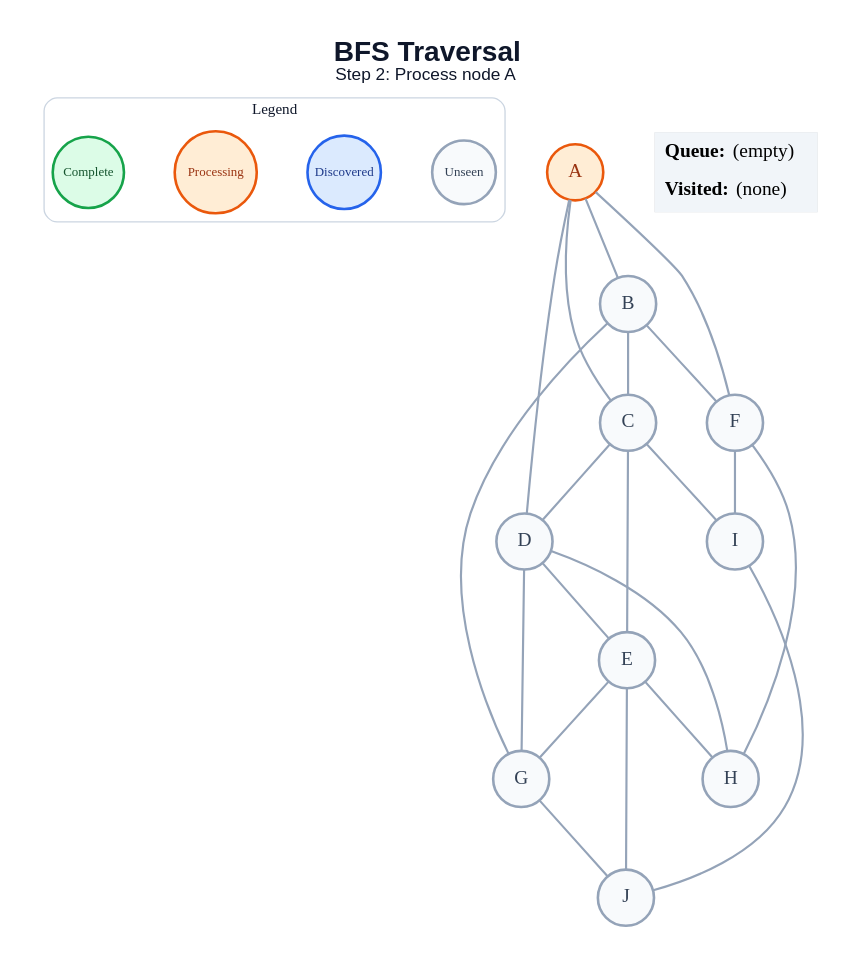
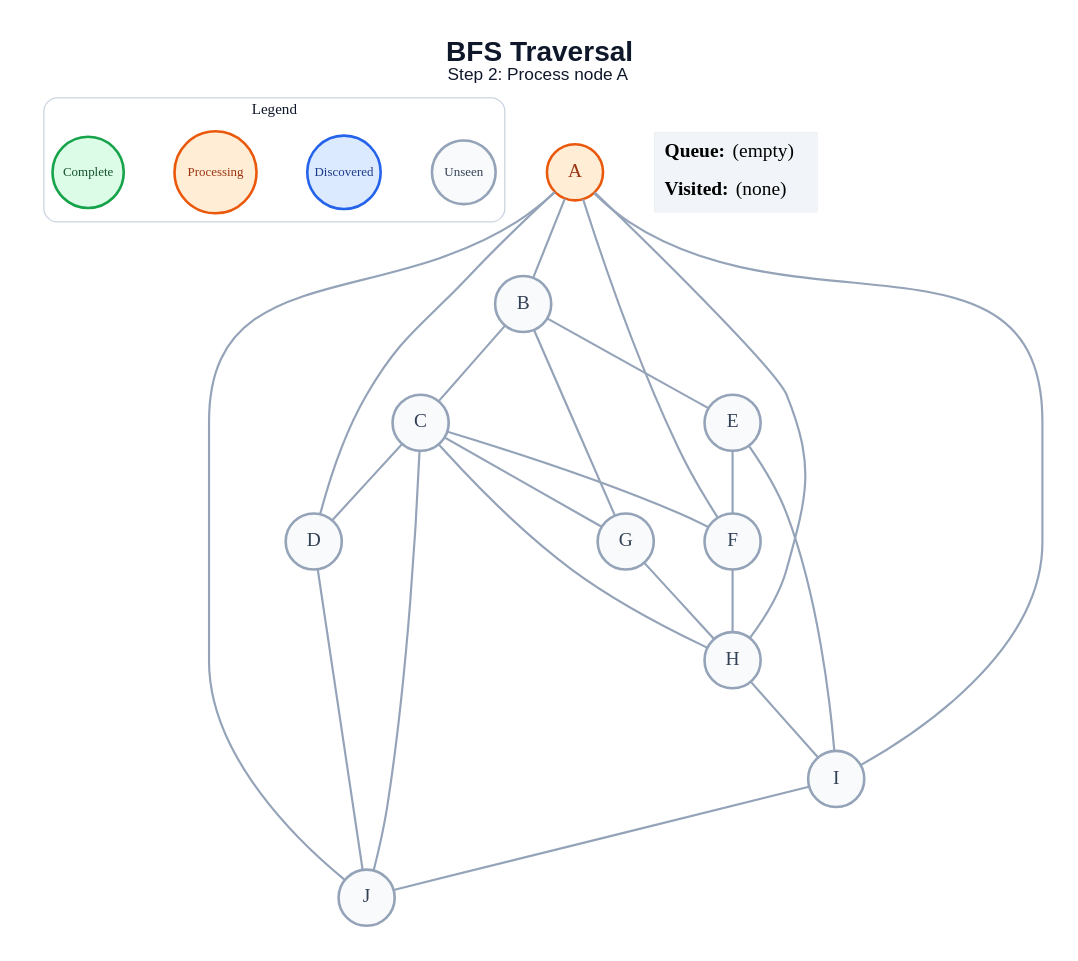
The diagram in generated/bfs/step_02.dot (anon7238593-create/ai-slop), drawn with Graphviz before and after one commit. The commit also changed 178 other files, not shown here.

```diff
--- a/generated/bfs/step_02.dot
+++ b/generated/bfs/step_02.dot
@@ -1,49 +1,50 @@
 graph traversal {
   graph [layout=dot, rankdir=TB, bgcolor="#FFFFFF", pad="0.35", nodesep="0.65", ranksep="0.8", fontname="Arial"];
   node [shape=circle, style="filled", fontname="Arial Bold", fontsize=18, width=0.72, fixedsize=true, penwidth=2.4];
   edge [color="#94A3B8", penwidth=2.0];
   label=<<B>BFS Traversal</B><BR/><FONT POINT-SIZE="16">Step 2: Process node A</FONT>>; labelloc="t"; fontsize=26; fontname="Arial"; fontcolor="#0F172A";
   subgraph cluster_legend { label="Legend"; color="#CBD5E1"; penwidth=1.2; style="rounded"; fontsize=14; fontname="Arial Bold";
     key_unseen [label="Unseen", fillcolor="#F8FAFC", color="#94A3B8", fontcolor="#334155", fontsize=12, width=0.82];
     key_frontier [label="Discovered", fillcolor="#DBEAFE", color="#2563EB", fontcolor="#1E3A8A", fontsize=12, width=0.95];
     key_current [label="Processing", fillcolor="#FFEDD5", color="#EA580C", fontcolor="#9A3412", fontsize=12, width=1.05];
     key_done [label="Complete", fillcolor="#DCFCE7", color="#16A34A", fontcolor="#14532D", fontsize=12, width=0.92];
     { rank=same; key_unseen; key_frontier; key_current; key_done; }
   }
   A [fillcolor="#FFEDD5", color="#EA580C", fontcolor="#9A3412"];
   B [fillcolor="#F8FAFC", color="#94A3B8", fontcolor="#334155"];
   C [fillcolor="#F8FAFC", color="#94A3B8", fontcolor="#334155"];
   D [fillcolor="#F8FAFC", color="#94A3B8", fontcolor="#334155"];
   E [fillcolor="#F8FAFC", color="#94A3B8", fontcolor="#334155"];
   F [fillcolor="#F8FAFC", color="#94A3B8", fontcolor="#334155"];
   G [fillcolor="#F8FAFC", color="#94A3B8", fontcolor="#334155"];
   H [fillcolor="#F8FAFC", color="#94A3B8", fontcolor="#334155"];
   I [fillcolor="#F8FAFC", color="#94A3B8", fontcolor="#334155"];
   J [fillcolor="#F8FAFC", color="#94A3B8", fontcolor="#334155"];
   A -- B;
-  A -- C;
   A -- D;
   A -- F;
+  A -- H;
+  A -- I;
+  A -- J;
   B -- C;
-  B -- F;
+  B -- E;
   B -- G;
   C -- D;
-  C -- E;
-  C -- I;
-  D -- E;
-  D -- G;
-  D -- H;
-  E -- G;
-  E -- H;
-  E -- J;
+  C -- F;
+  C -- G;
+  C -- H;
+  C -- J;
+  D -- J;
+  E -- F;
+  E -- I;
   F -- H;
-  F -- I;
-  G -- J;
+  G -- H;
+  H -- I;
   I -- J;
   status [shape=plain, fixedsize=false, width=0, height=0, margin=0, label=<
     <TABLE BORDER="0" CELLBORDER="0" CELLPADDING="7" BGCOLOR="#F1F5F9">
       <TR><TD ALIGN="LEFT"><B>Queue:</B> (empty)</TD></TR>
       <TR><TD ALIGN="LEFT"><B>Visited:</B> (none)</TD></TR>
     </TABLE>
   >];
 }
```
